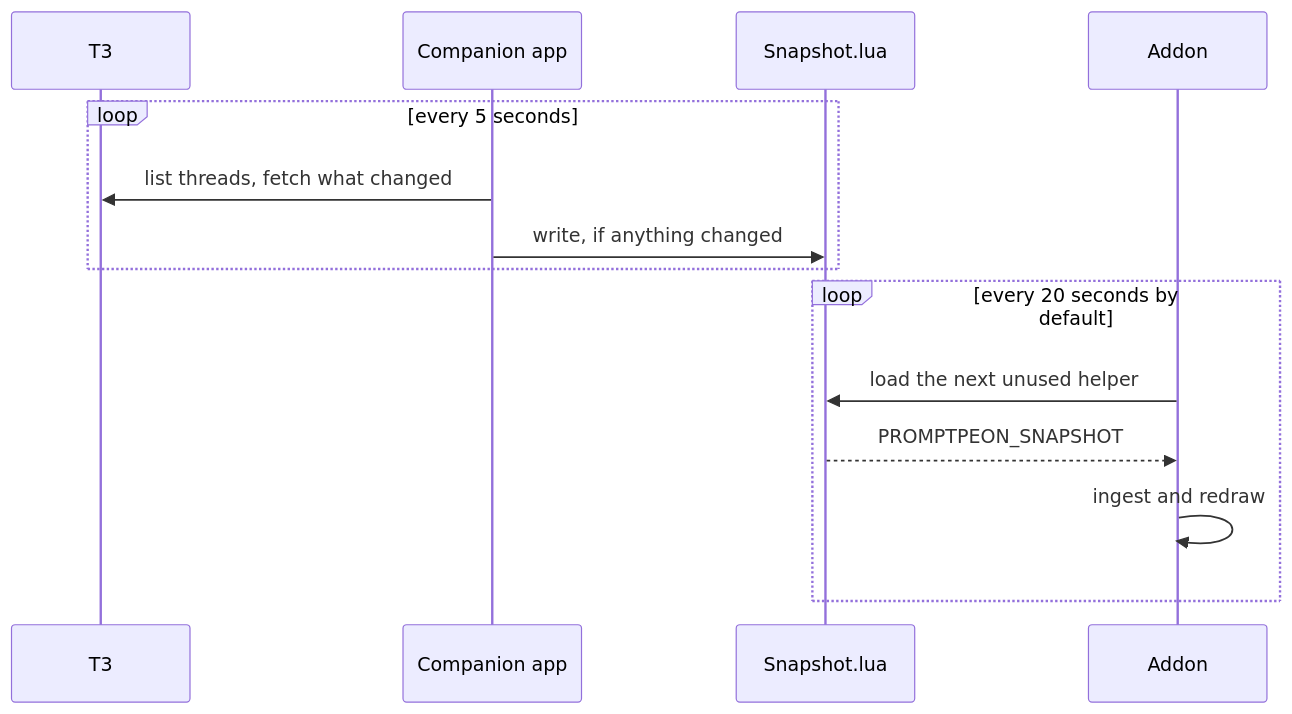
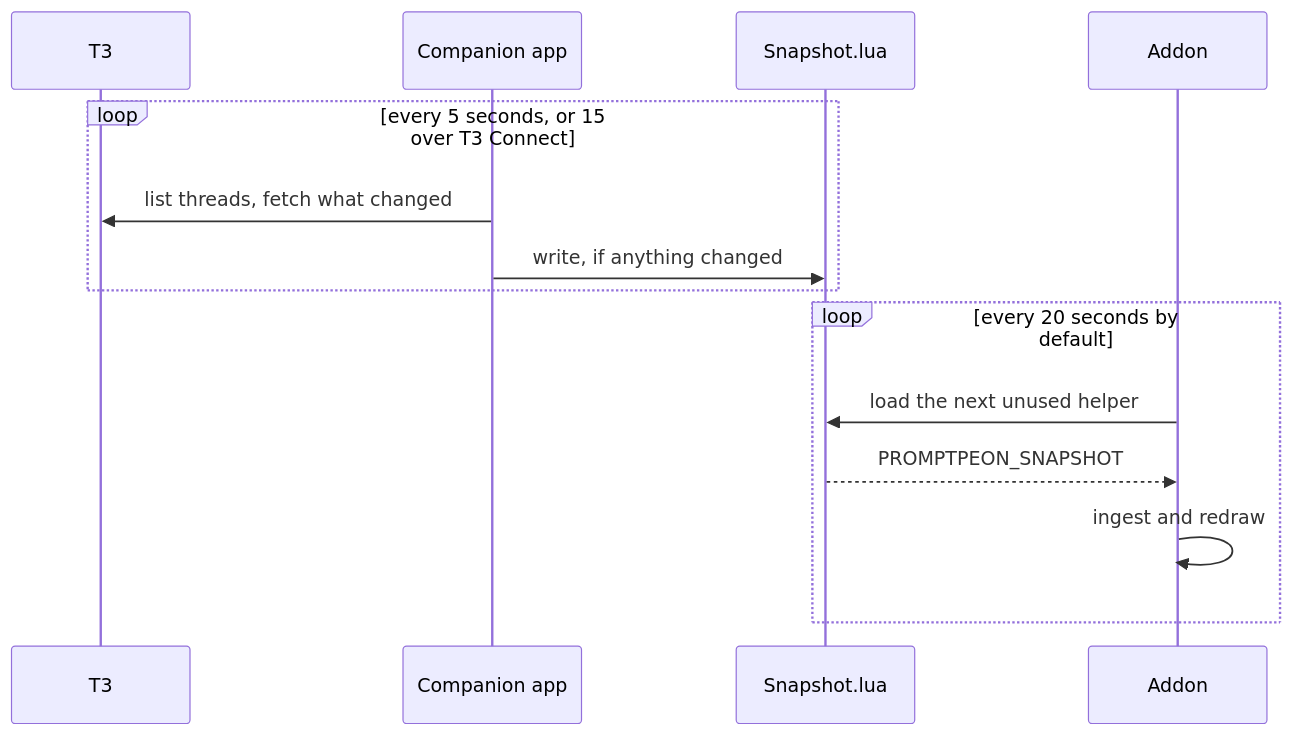
One commit to svenmeys/prompt-peon changed the second of 3 diagrams in docs/ARCHITECTURE.md. Above: the diagram before and after it, drawn with Mermaid. The commit also changed 6 other files, not shown here.

Commit message:
Ask T3 every 15 seconds over T3 Connect, and keep the game's heartbeat separate (#5)

````diff
--- a/docs/ARCHITECTURE.md
+++ b/docs/ARCHITECTURE.md
@@ -58,16 +58,16 @@
 ```mermaid
 sequenceDiagram
     participant T3
     participant App as Companion app
     participant File as Snapshot.lua
     participant Addon
-    loop every 5 seconds
+    loop every 5 seconds, or 15 over T3 Connect
         App->>T3: list threads, fetch what changed
         App->>File: write, if anything changed
     end
     loop every 20 seconds by default
         Addon->>File: load the next unused helper
         File-->>Addon: PROMPTPEON_SNAPSHOT
         Addon->>Addon: ingest and redraw
     end
 ```
````
